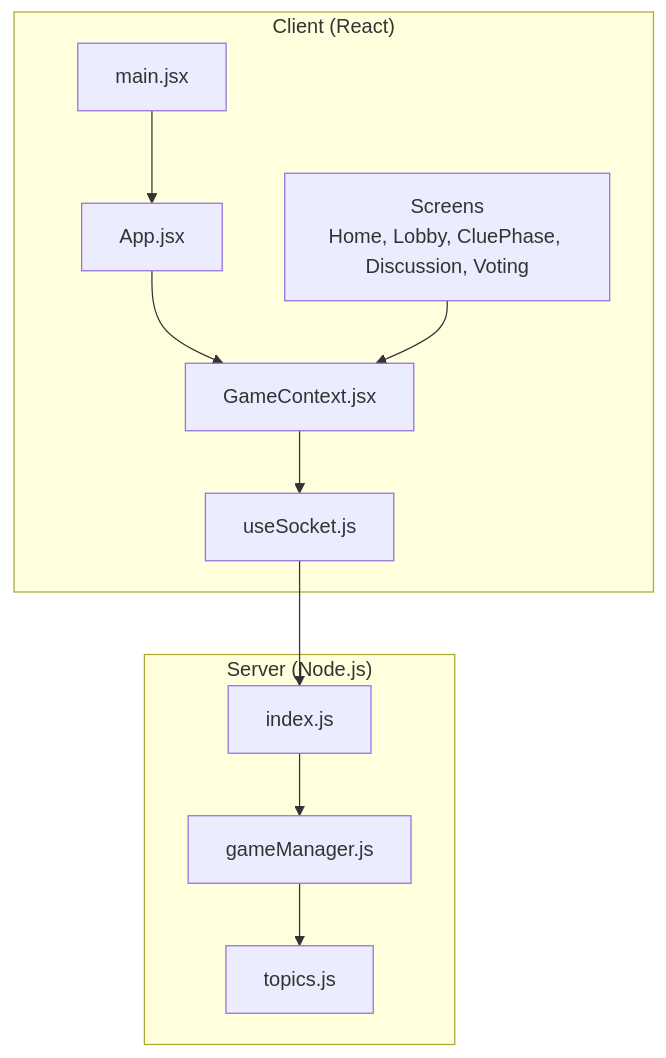
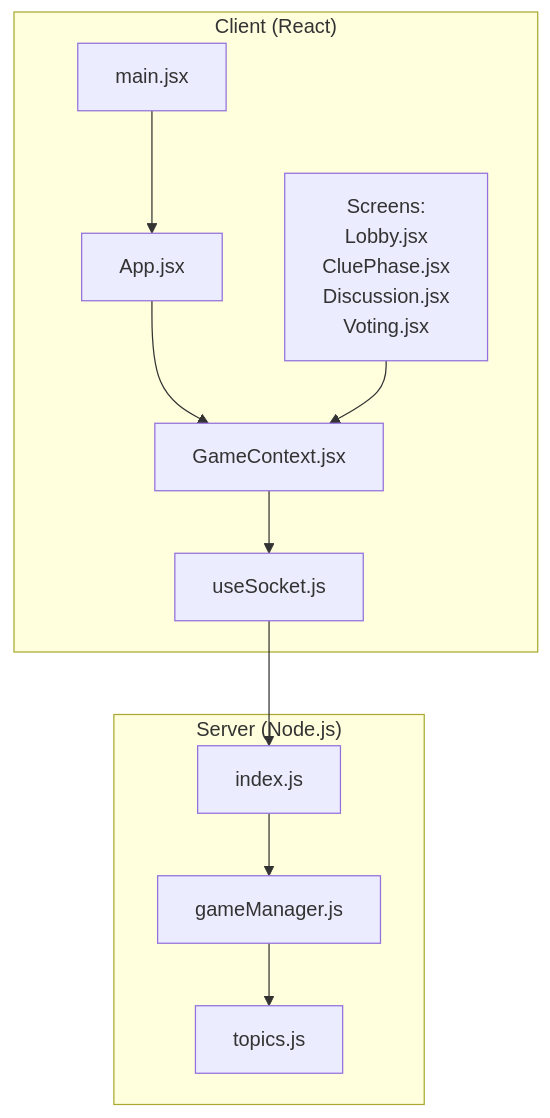
Before and after one commit to sparshgupta001/imposter_game: the first of 7 diagrams in .qoder/repowiki/en/content/Architecture Overview.md, drawn with Mermaid. The commit also changed other lines of this file and 29 other files, not shown here.

````diff
--- a/.qoder/repowiki/en/content/Architecture Overview.md
+++ b/.qoder/repowiki/en/content/Architecture Overview.md
@@ -40,22 +44,22 @@
 ```mermaid
 graph TB
 subgraph "Client (React)"
-A_App["App.jsx"]
-A_Main["main.jsx"]
-A_Ctx["GameContext.jsx"]
-A_Socket["useSocket.js"]
-A_Screens["Screens<br/>Home, Lobby, CluePhase, Discussion, Voting"]
+A_main["main.jsx"]
+A_app["App.jsx"]
+A_ctx["GameContext.jsx"]
+A_hook["useSocket.js"]
+A_screens["Screens:<br/>Lobby.jsx<br/>CluePhase.jsx<br/>Discussion.jsx<br/>Voting.jsx"]
 end
 subgraph "Server (Node.js)"
-S_Index["index.js"]
-S_Game["gameManager.js"]
-S_Topics["topics.js"]
+S_index["index.js"]
+S_gm["gameManager.js"]
+S_topics["topics.js"]
 end
-A_Main --> A_App
-A_App --> A_Ctx
-A_Ctx --> A_Socket
-A_Screens --> A_Ctx
-A_Socket --> S_Index
-S_Index --> S_Game
-S_Game --> S_Topics
+A_main --> A_app
+A_app --> A_ctx
+A_ctx --> A_hook
+A_hook --> S_index
+S_index --> S_gm
+S_gm --> S_topics
+A_screens --> A_ctx
 ```
````
